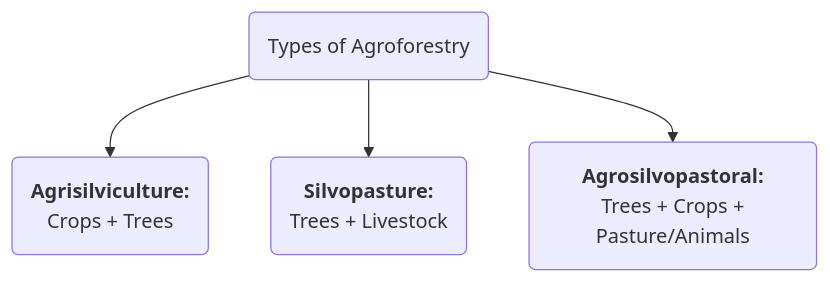
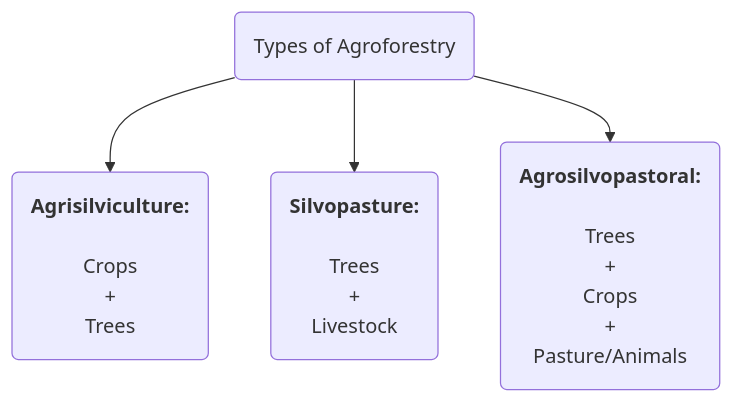
Before and after one commit to pranjalrai-iitd/ObsidianNotes.io: the diagram in source/content/CURRENT AFFAIRS/CURRENT AFFAIRS - EDITORIALS/AGRICULTURE.md, drawn with Mermaid. The commit also changed 3 other files, not shown here.

````diff
--- a/source/content/CURRENT AFFAIRS/CURRENT AFFAIRS - EDITORIALS/AGRICULTURE.md
+++ b/source/content/CURRENT AFFAIRS/CURRENT AFFAIRS - EDITORIALS/AGRICULTURE.md
@@ -57,6 +57,6 @@
 ```mermaid
 graph TD;
-A(Types of Agroforestry)-->B(<b>Agrisilviculture:</b><br> Crops + Trees);
-A(Types of Agroforestry)-->C(<b>Silvopasture:</b><br> Trees + Livestock);
-A(Types of Agroforestry)-->D(<b>Agrosilvopastoral:</b><br> Trees + Crops + Pasture/Animals);
+A(Types of Agroforestry)-->B(<b>Agrisilviculture:<br></b><br> Crops<br>+<br>Trees);
+A(Types of Agroforestry)-->C(<b>Silvopasture:</b><br><br>Trees<br>+<br>Livestock);
+A(Types of Agroforestry)-->D(<b>Agrosilvopastoral:</b><br><br>Trees<br>+<br>Crops<br>+<br>Pasture/Animals);
 ```
````
